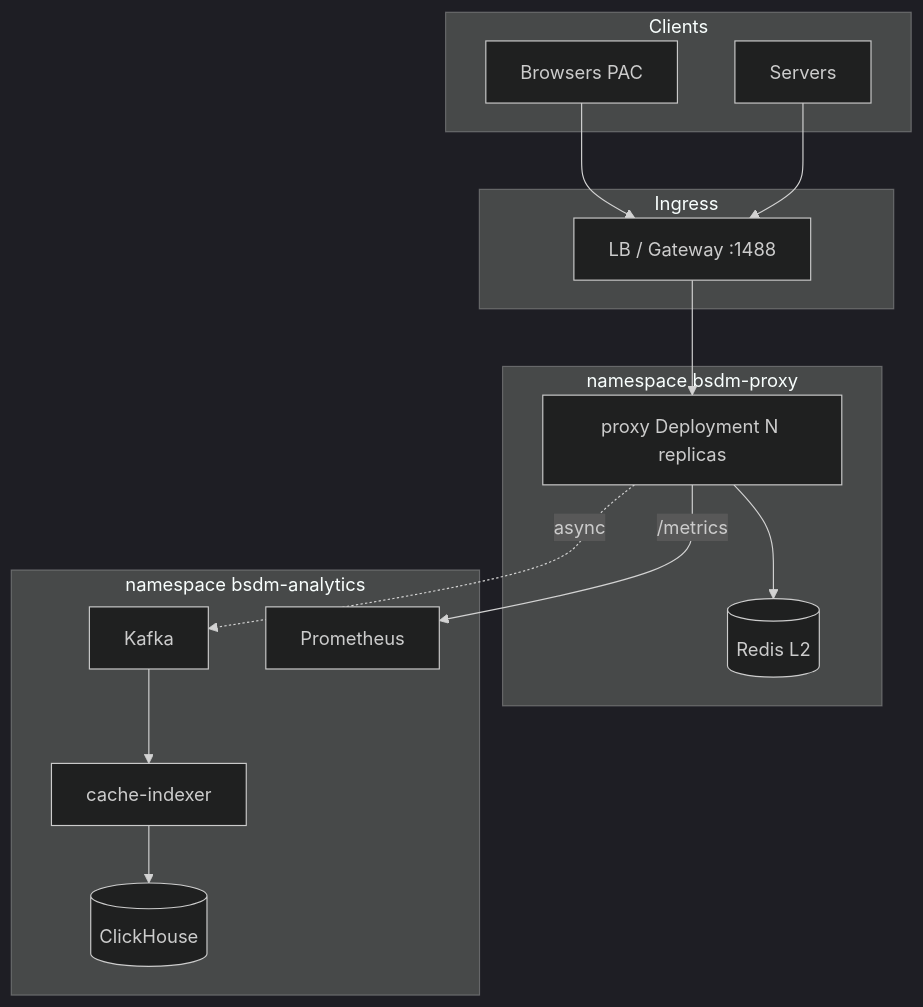
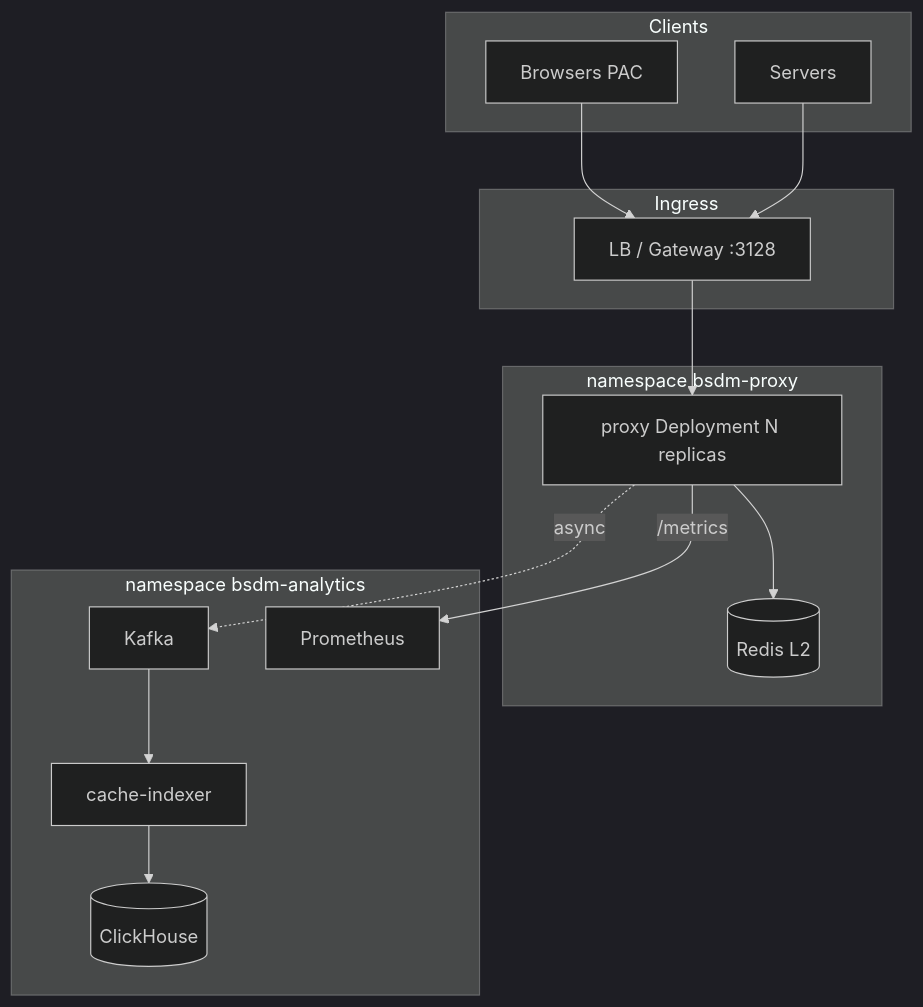
The first of 2 diagrams in docs/ops-and-dev/k8s-architecture.md (onixus/bsdm-proxy), drawn with Mermaid (dark theme) before and after one commit. The commit also changed other lines of this file and 11 other files, not shown here.

````diff
--- a/docs/ops-and-dev/k8s-architecture.md
+++ b/docs/ops-and-dev/k8s-architecture.md
@@ -23,29 +23,29 @@
 ```mermaid
 flowchart TB
   subgraph clients [Clients]
     B[Browsers PAC]
     S[Servers]
   end
 
   subgraph ingress [Ingress]
-    LB[LB / Gateway :1488]
+    LB[LB / Gateway :3128]
   end
 
   subgraph ns_proxy [namespace bsdm-proxy]
     P[proxy Deployment N replicas]
     R[(Redis L2)]
   end
 
   subgraph ns_analytics [namespace bsdm-analytics]
     K[Kafka]
     I[cache-indexer]
     CH[(ClickHouse)]
     PM[Prometheus]
   end
 
   B --> LB --> P
   S --> LB
   P --> R
   P -.->|async| K --> I --> CH
   P -->|/metrics| PM
 ```
````
